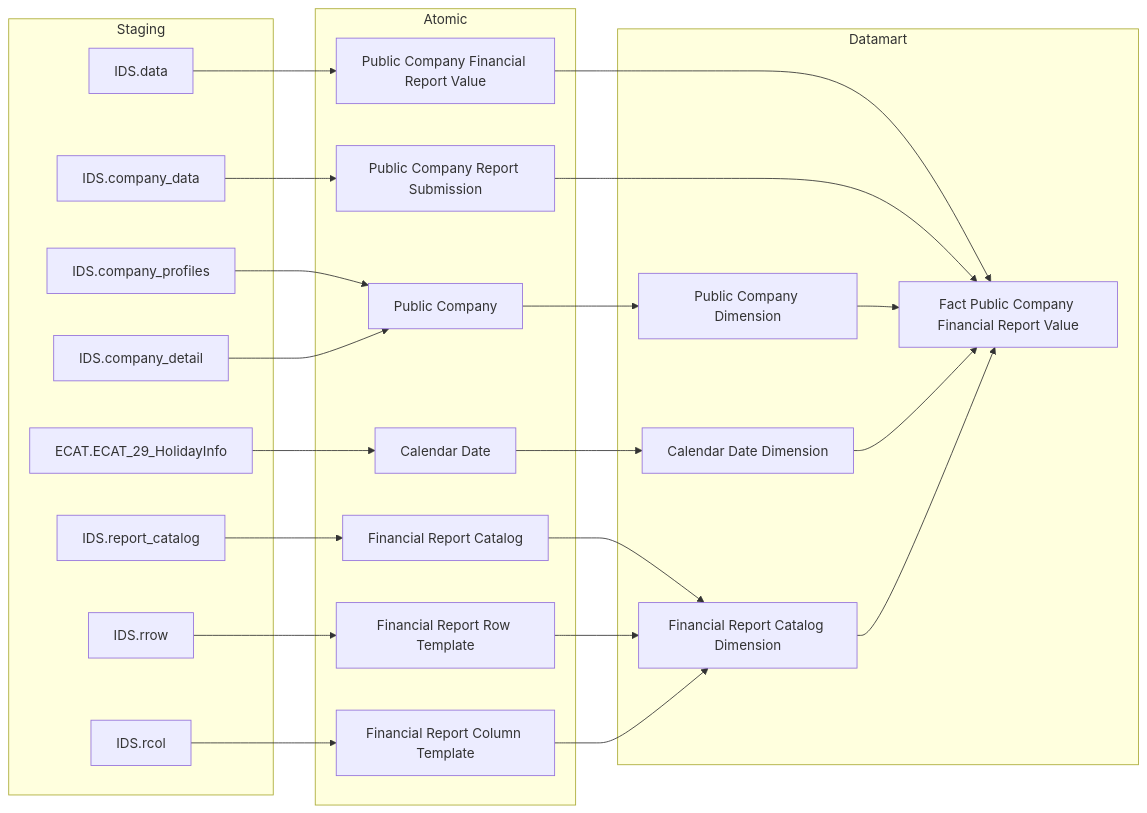
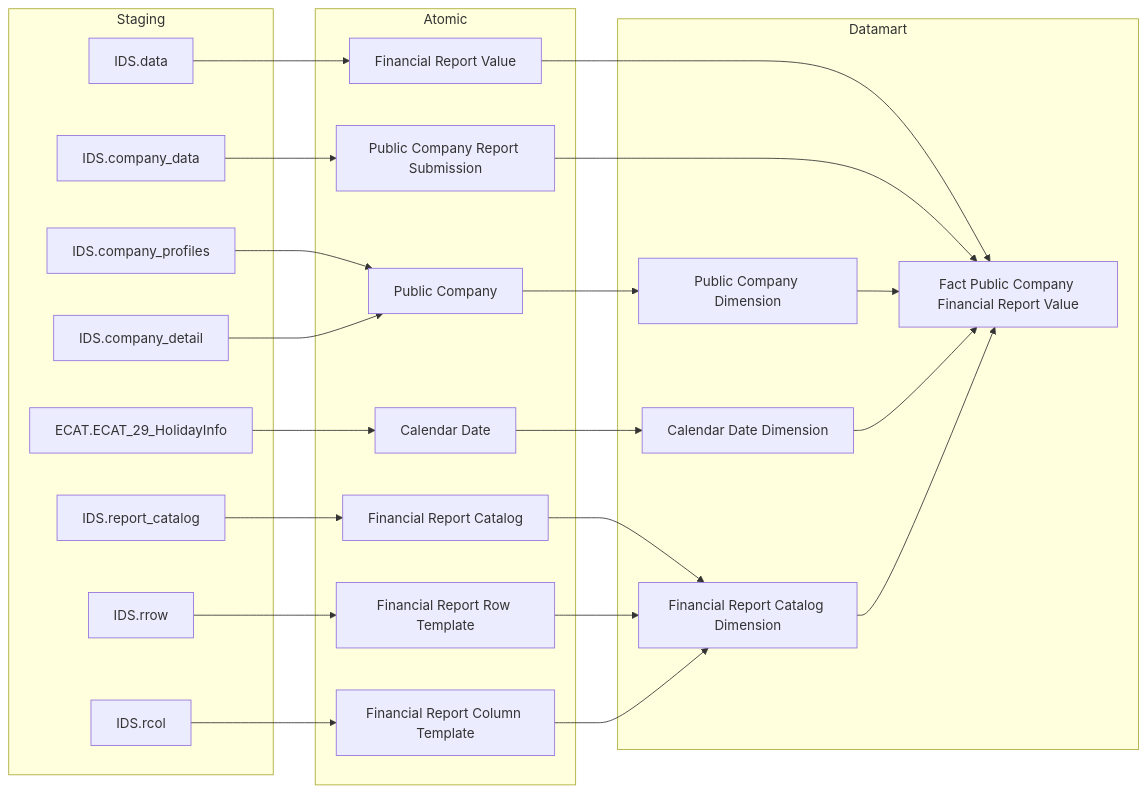
Before and after one commit to linhlvit/ubck_atomic_design: the eighth of 55 diagrams in Datamart/hld/DTM_GSDC_HLD.md, drawn with Mermaid. The commit also changed other lines of this file and 42 other files, not shown here.

````diff
--- a/Datamart/hld/DTM_GSDC_HLD.md
+++ b/Datamart/hld/DTM_GSDC_HLD.md
@@ -273,46 +259,46 @@
 ```mermaid
 flowchart LR
     subgraph SRC["Staging"]
-        IDS_company_profiles_b["IDS.company_profiles"]
-        IDS_company_detail_b["IDS.company_detail"]
-        IDS_company_data_b["IDS.company_data"]
-        IDS_data_b["IDS.data"]
-        IDS_report_catalog_b["IDS.report_catalog"]
-        IDS_rrow_b["IDS.rrow"]
-        IDS_rcol_b["IDS.rcol"]
-        ECAT_ECAT_29_HolidayInfo_b["ECAT.ECAT_29_HolidayInfo"]
+        IDS_company_profiles_c4["IDS.company_profiles"]
+        IDS_company_detail_c4["IDS.company_detail"]
+        IDS_company_data_c4["IDS.company_data"]
+        IDS_data_c4["IDS.data"]
+        IDS_report_catalog_c4["IDS.report_catalog"]
+        IDS_rrow_c4["IDS.rrow"]
+        IDS_rcol_c4["IDS.rcol"]
+        ECAT_ECAT_29_HolidayInfo_c4["ECAT.ECAT_29_HolidayInfo"]
     end
     subgraph SIL["Atomic"]
-        Public_Company_b["Public Company"]
-        Public_Company_Report_Submission_b["Public Company Report Submission"]
-        Public_Company_Financial_Report_Value_b["Public Company Financial Report Value"]
-        Financial_Report_Catalog_b["Financial Report Catalog"]
-        Financial_Report_Row_Template_b["Financial Report Row Template"]
-        Financial_Report_Column_Template_b["Financial Report Column Template"]
-        Calendar_Date_b["Calendar Date"]
+        Public_Company_c4["Public Company"]
+        Public_Company_Report_Submission_c4["Public Company Report Submission"]
+        Financial_Report_Value_c4["Financial Report Value"]
+        Financial_Report_Catalog_c4["Financial Report Catalog"]
+        Financial_Report_Row_Template_c4["Financial Report Row Template"]
+        Financial_Report_Column_Template_c4["Financial Report Column Template"]
+        Calendar_Date_c4["Calendar Date"]
     end
     subgraph GOLD["Datamart"]
         fct_public_company_financial_rpt_val["Fact Public Company Financial Report Value"]
         financial_rpt_catalog_dim["Financial Report Catalog Dimension"]
-        public_company_dim_b["Public Company Dimension"]
-        cdr_dt_dim_b["Calendar Date Dimension"]
+        public_company_dim_c4["Public Company Dimension"]
+        cdr_dt_dim_c4["Calendar Date Dimension"]
     end
-    IDS_company_profiles_b --> Public_Company_b
-    IDS_company_detail_b --> Public_Company_b
-    IDS_company_data_b --> Public_Company_Report_Submission_b
-    IDS_data_b --> Public_Company_Financial_Report_Value_b
-    IDS_report_catalog_b --> Financial_Report_Catalog_b
-    IDS_rrow_b --> Financial_Report_Row_Template_b
-    IDS_rcol_b --> Financial_Report_Column_Template_b
-    ECAT_ECAT_29_HolidayInfo_b --> Calendar_Date_b
-    Public_Company_b --> public_company_dim_b
-    Public_Company_Financial_Report_Value_b --> fct_public_company_financial_rpt_val
-    Public_Company_Report_Submission_b --> fct_public_company_financial_rpt_val
-    Financial_Report_Catalog_b --> financial_rpt_catalog_dim
-    Financial_Report_Row_Template_b --> financial_rpt_catalog_dim
-    Financial_Report_Column_Template_b --> financial_rpt_catalog_dim
-    Calendar_Date_b --> cdr_dt_dim_b
-    public_company_dim_b --> fct_public_company_financial_rpt_val
-    cdr_dt_dim_b --> fct_public_company_financial_rpt_val
+    IDS_company_profiles_c4 --> Public_Company_c4
+    IDS_company_detail_c4 --> Public_Company_c4
+    IDS_company_data_c4 --> Public_Company_Report_Submission_c4
+    IDS_data_c4 --> Financial_Report_Value_c4
+    IDS_report_catalog_c4 --> Financial_Report_Catalog_c4
+    IDS_rrow_c4 --> Financial_Report_Row_Template_c4
+    IDS_rcol_c4 --> Financial_Report_Column_Template_c4
+    ECAT_ECAT_29_HolidayInfo_c4 --> Calendar_Date_c4
+    Public_Company_c4 --> public_company_dim_c4
+    Financial_Report_Value_c4 --> fct_public_company_financial_rpt_val
+    Public_Company_Report_Submission_c4 --> fct_public_company_financial_rpt_val
+    Financial_Report_Catalog_c4 --> financial_rpt_catalog_dim
+    Financial_Report_Row_Template_c4 --> financial_rpt_catalog_dim
+    Financial_Report_Column_Template_c4 --> financial_rpt_catalog_dim
+    Calendar_Date_c4 --> cdr_dt_dim_c4
+    public_company_dim_c4 --> fct_public_company_financial_rpt_val
+    cdr_dt_dim_c4 --> fct_public_company_financial_rpt_val
     financial_rpt_catalog_dim --> fct_public_company_financial_rpt_val
 ```
````
